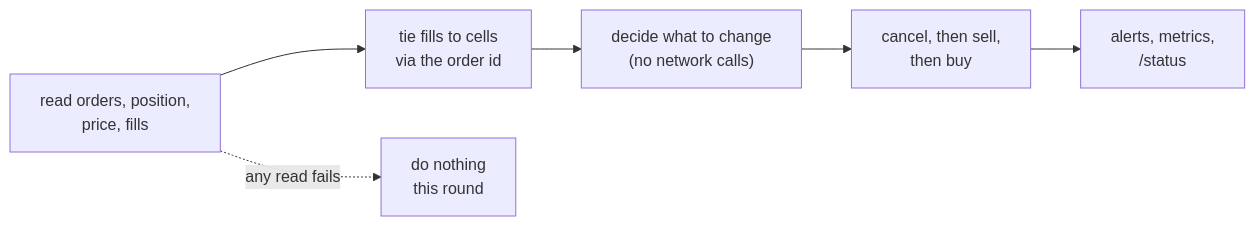
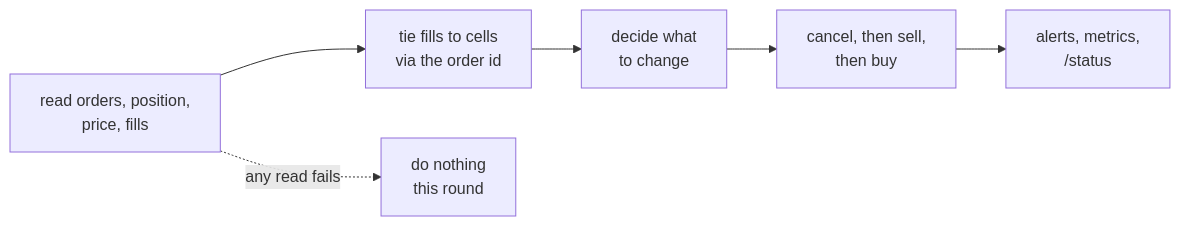
One commit to njwgroeneveld/gridstatic changed the first of 2 diagrams in README.md. Above: the diagram before and after it, drawn with Mermaid. The commit also changed other lines of this file and 8 other files, not shown here.

````diff
--- a/README.md
+++ b/README.md
@@ -53,8 +54,8 @@
 ```mermaid
 flowchart LR
     R[read orders, position,<br/>price, fills] --> T[tie fills to cells<br/>via the order id]
-    T --> D["decide what to change<br/>(no network calls)"]
+    T --> D[decide what<br/>to change]
     D --> A[cancel, then sell,<br/>then buy]
     A --> N[alerts, metrics,<br/>/status]
     R -. any read fails .-> X[do nothing<br/>this round]
 ```
````
